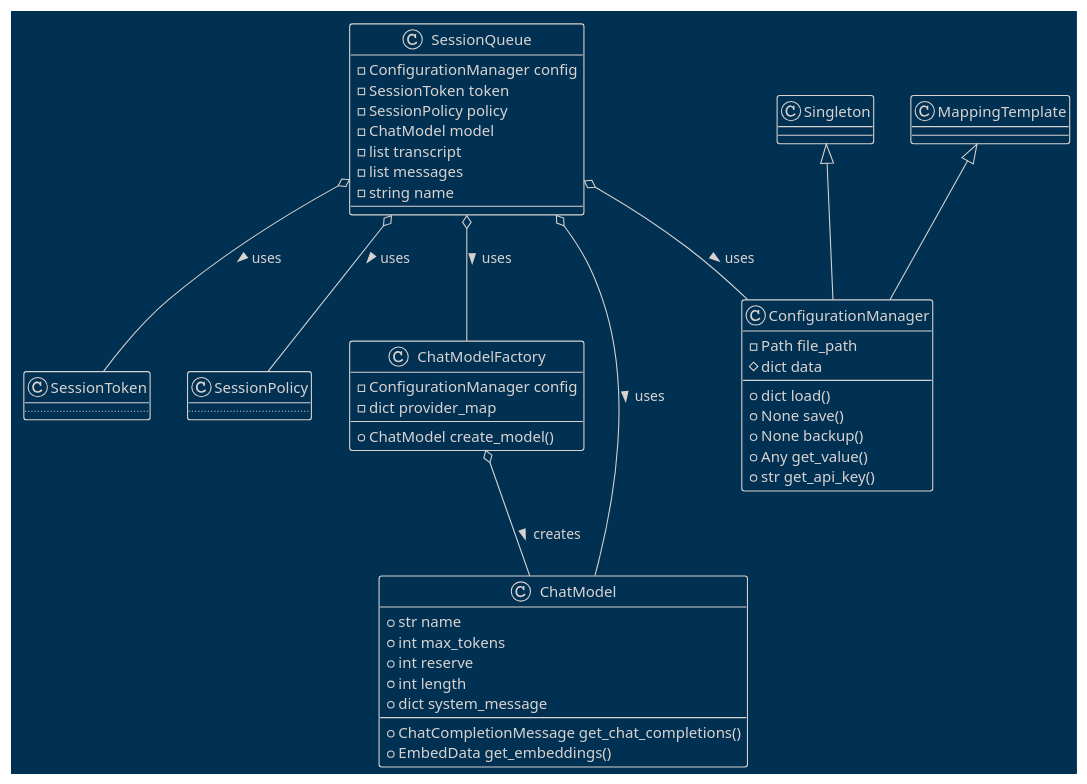
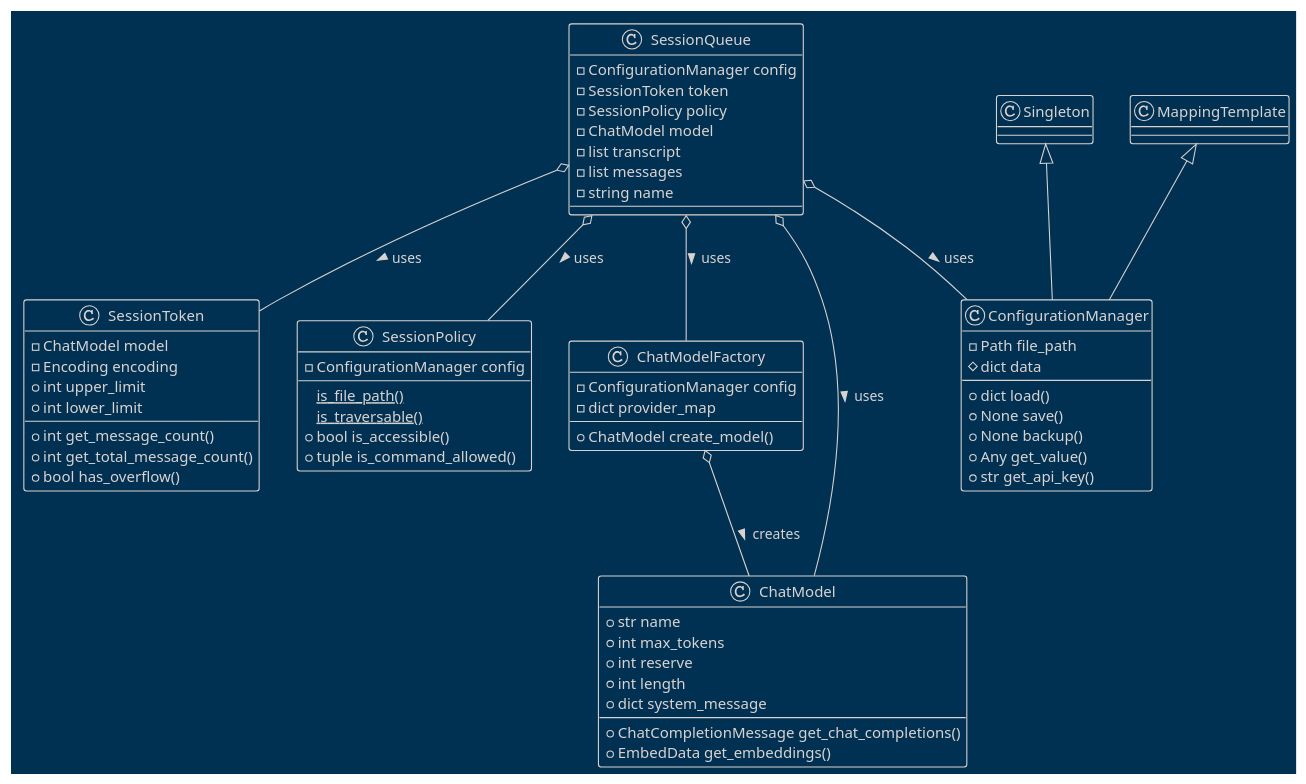
The diagram in docs/diagrams/plantuml/session_queue.puml (teleprint-me/py.gpt.prompt), drawn with PlantUML before and after one commit.

Commit message:
docs: Add SessionToken and SessionPolicy to SessionQueue UML diagram

```diff
--- a/docs/diagrams/plantuml/session_queue.puml
+++ b/docs/diagrams/plantuml/session_queue.puml
@@ -1,58 +1,68 @@
 @startuml SessionQueue
 !theme blueprint
 
 ' Define classes
 
 class SessionQueue {
   - ConfigurationManager config
   - SessionToken token
   - SessionPolicy policy
   - ChatModel model
   - list transcript
   - list messages
   - string name
 }
 
 class ConfigurationManager extends Singleton, MappingTemplate {
   - Path file_path
   # dict data
   + dict load()
   + None save()
   + None backup()
   + Any get_value()
   + str get_api_key()
 }
 
 class SessionToken {
-  ..
+  - ChatModel model
+  - Encoding encoding
+  + int upper_limit
+  + int lower_limit
+  + int get_message_count()
+  + int get_total_message_count()
+  + bool has_overflow()
 }
 
 class SessionPolicy {
-  ..
+  - ConfigurationManager config
+  {static} is_file_path()
+  {static} is_traversable()
+  + bool is_accessible()
+  + tuple is_command_allowed()
 }
 
 class ChatModelFactory {
   - ConfigurationManager config
   - dict provider_map
   + ChatModel create_model()
 }
 
 class ChatModel {
   + str name
   + int max_tokens
   + int reserve
   + int length
   + dict system_message
   + ChatCompletionMessage get_chat_completions()
   + EmbedData get_embeddings()
 }
 
 ' Define relationships
 
 SessionQueue o-- ConfigurationManager : uses >
 SessionQueue o-- SessionToken : uses >
 SessionQueue o-- SessionPolicy : uses >
 SessionQueue o-- ChatModel : uses >
 ChatModelFactory o-- ChatModel : creates >
 SessionQueue o-- ChatModelFactory : uses >
 @enduml
```
